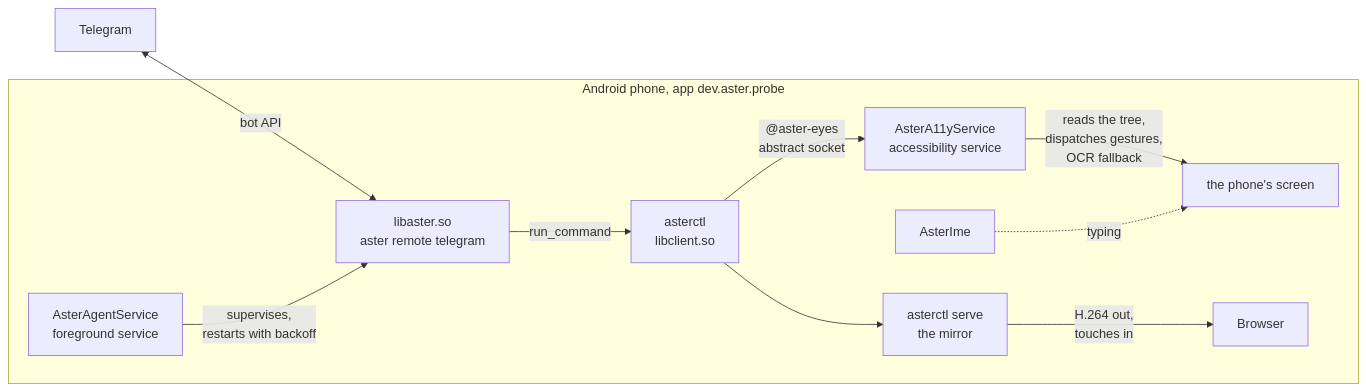
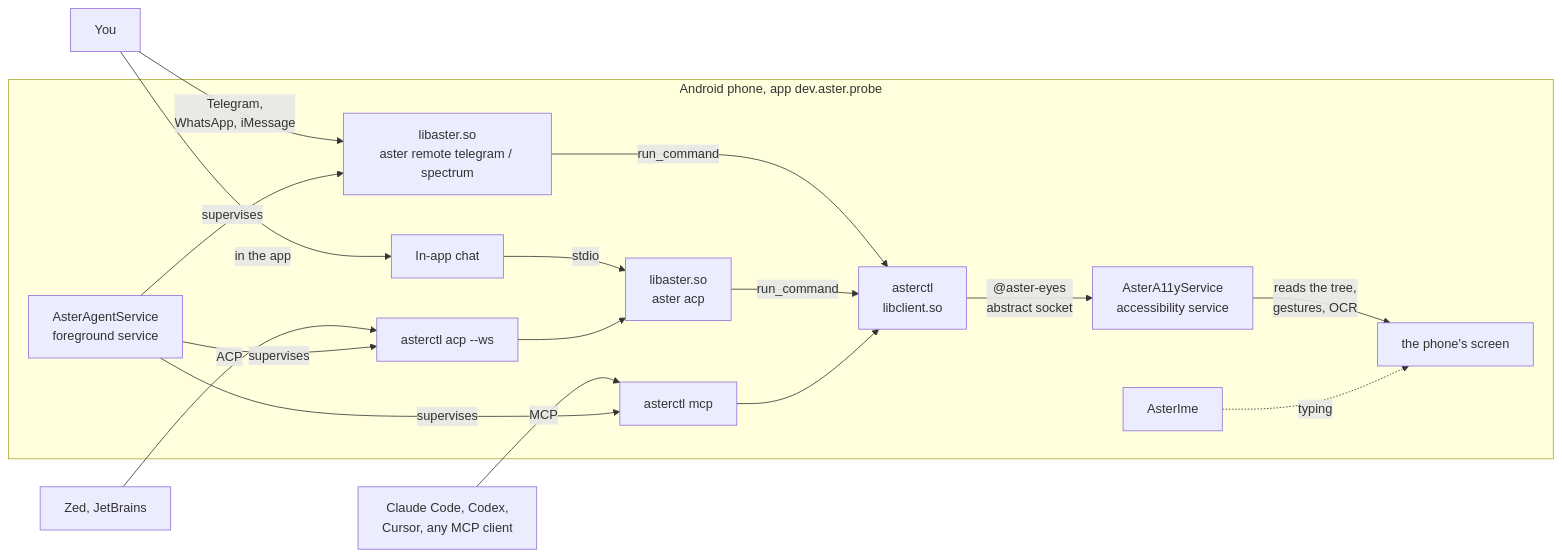
Before and after one commit to Zfinix/asterdroid: the diagram in docs/ARCHITECTURE.md, drawn with Mermaid. The commit also changed other lines of this file and 12 other files, not shown here.

````diff
--- a/docs/ARCHITECTURE.md
+++ b/docs/ARCHITECTURE.md
@@ -13,13 +13,20 @@
 ```mermaid
 flowchart LR
-    tg["Telegram"] <-->|"bot API"| agent
+    you["You"] -->|"in the app"| chat
+    you -->|"Telegram,<br>WhatsApp, iMessage"| bridge
+    host["Claude Code, Codex,<br>Cursor, any MCP client"] -->|"MCP"| mcp
+    editor["Zed, JetBrains"] -->|"ACP"| acpws
     subgraph phone["Android phone, app dev.aster.probe"]
-        svc["AsterAgentService<br>foreground service"] -->|"supervises,<br>restarts with backoff"| agent["libaster.so<br>aster remote telegram"]
-        agent -->|"run_command"| ctl["asterctl<br>libclient.so"]
+        svc["AsterAgentService<br>foreground service"] -->|"supervises"| bridge["libaster.so<br>aster remote telegram / spectrum"]
+        chat["In-app chat"] -->|"stdio"| acp["libaster.so<br>aster acp"]
+        svc -->|"supervises"| mcp["asterctl mcp"]
+        svc -->|"supervises"| acpws["asterctl acp --ws"]
+        acpws --> acp
+        bridge -->|"run_command"| ctl["asterctl<br>libclient.so"]
+        acp -->|"run_command"| ctl
+        mcp --> ctl
         ctl -->|"@aster-eyes<br>abstract socket"| a11y["AsterA11yService<br>accessibility service"]
-        a11y -->|"reads the tree,<br>dispatches gestures,<br>OCR fallback"| screen["the phone's screen"]
+        a11y -->|"reads the tree,<br>gestures, OCR"| screen["the phone's screen"]
         ime["AsterIme"] -.->|"typing"| screen
-        ctl --> serve["asterctl serve<br>the mirror"]
-        serve -->|"H.264 out,<br>touches in"| web["Browser"]
     end
 ```
````
